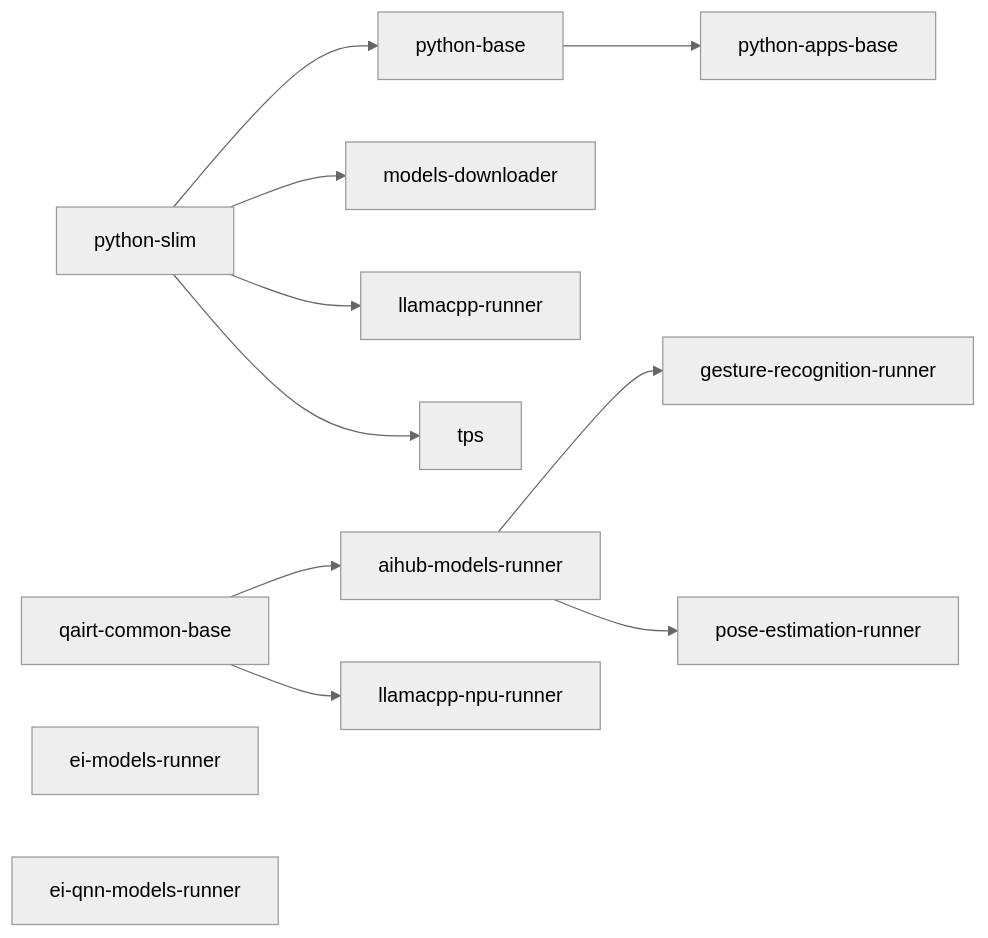
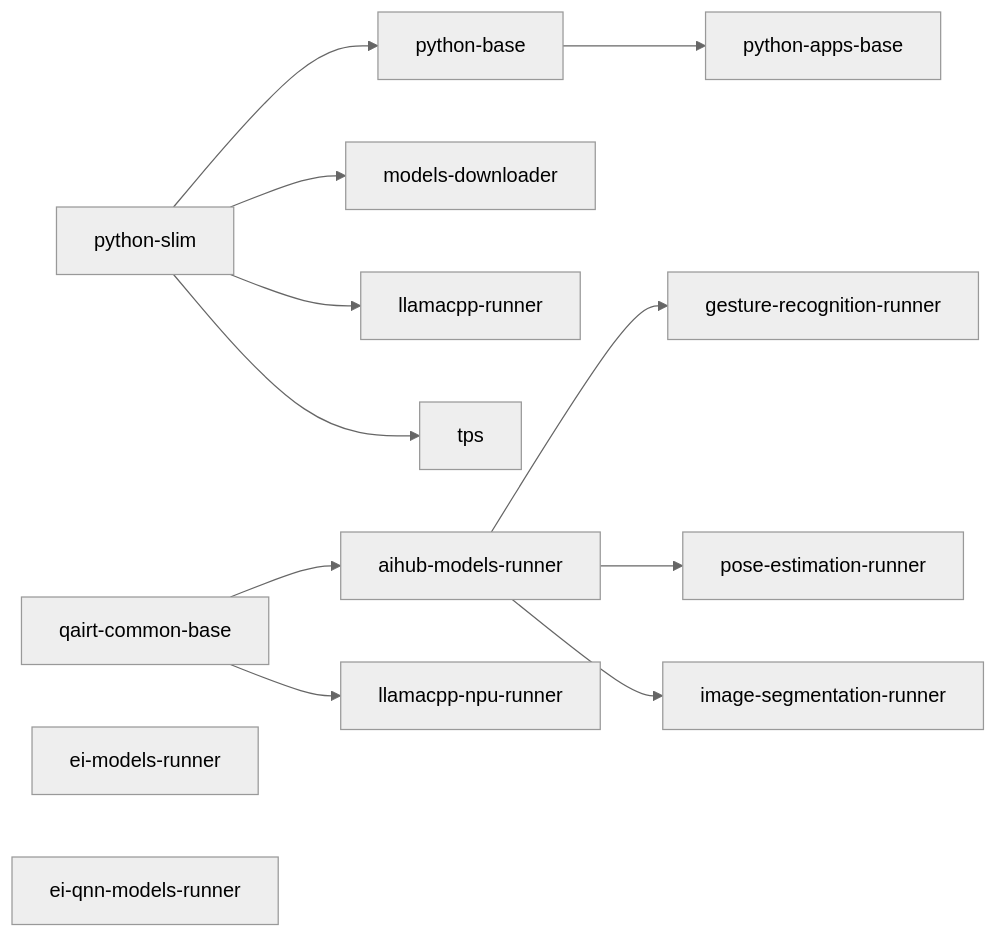
One commit to rjtokenring/app-bricks-py changed the diagram in containers/README.md. Above: the diagram before and after it, drawn with Mermaid (neutral theme). The commit also changed other lines of this file and 44 other files, not shown here.

````diff
--- a/containers/README.md
+++ b/containers/README.md
@@ -41,12 +42,13 @@
 ```mermaid
 graph LR
   slim[python-slim] --> base[python-base] --> apps[python-apps-base]
   slim --> dl[models-downloader]
   slim --> lcpp[llamacpp-runner]
   qairt[qairt-common-base] --> aihub[aihub-models-runner] --> gesture[gesture-recognition-runner]
   aihub --> pose[pose-estimation-runner]
+  aihub --> seg[image-segmentation-runner]
   qairt --> lcppnpu[llamacpp-npu-runner]
   ei[ei-models-runner]
   eiqnn[ei-qnn-models-runner]
   slim --> tps[tps]
 ```
````
